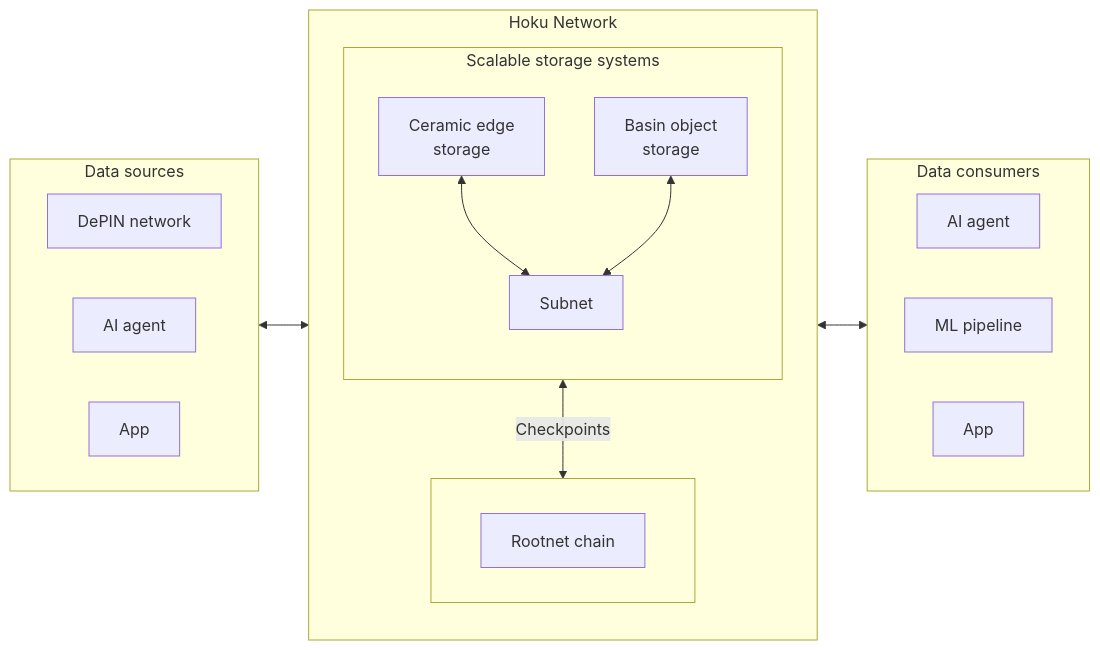
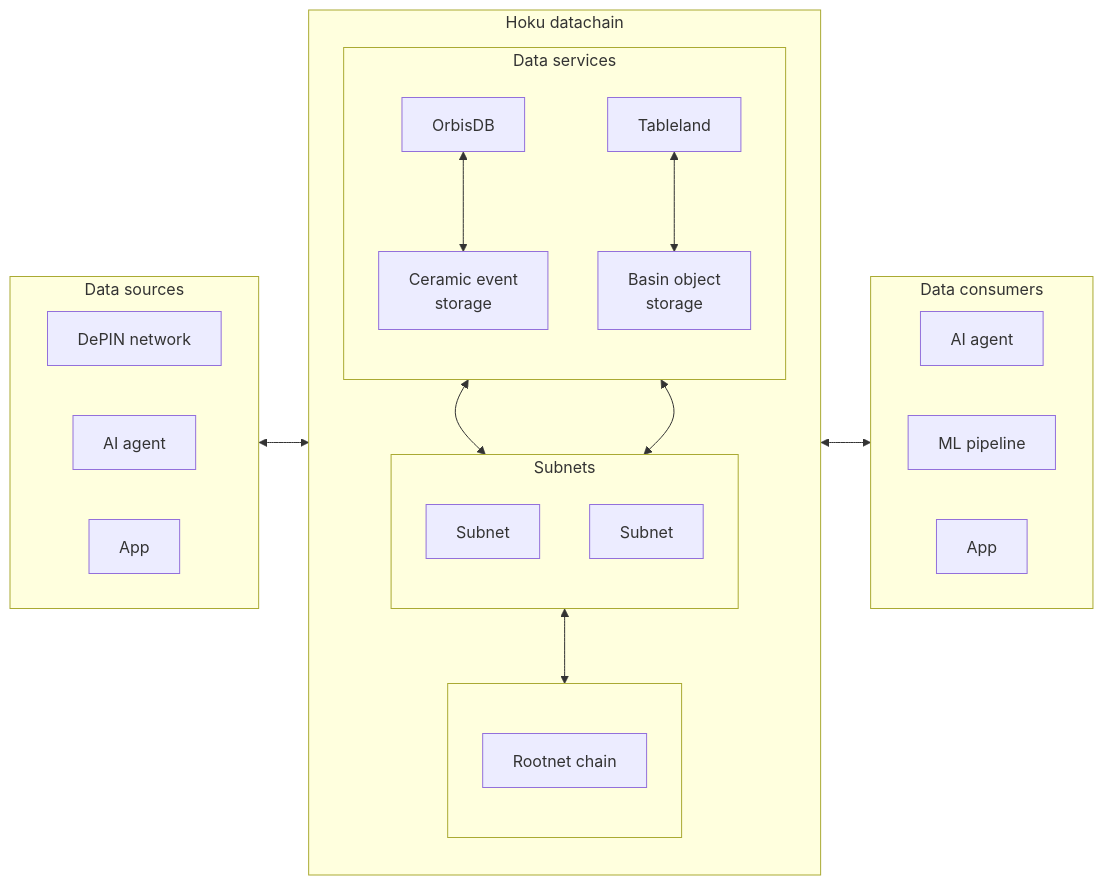
One commit to recallnet/docs changed the diagram in pages/home/introduction.mdx. Above: the diagram before and after it, drawn with Mermaid. The commit also changed other lines of this file and 12 other files, not shown here.

````diff
--- a/pages/home/introduction.mdx
+++ b/pages/home/introduction.mdx
@@ -118,36 +45,45 @@
 ```mermaid
 flowchart LR
     subgraph DataSources["Data sources"]
-        direction LR
+      direction LR
         A["DePIN network"]
         B["AI agent"]
         C["App"]
     end
 
-    subgraph Hoku["Hoku Network"]
+    subgraph Hoku["Hoku datachain"]
+      direction TB
+        subgraph Services["Data services"]
+          direction TB
+            Ceramic["Ceramic event\nstorage"]
+            Basin["Basin object\nstorage"]
+            Orbis["OrbisDB"]
+            Tableland["Tableland"]
+        end
+        subgraph Subnets["Subnets"]
+          direction TB
+            SubnetA["Subnet"]
+            SubnetB["Subnet"]
+        end
+      subgraph Rootnet[" "]
         direction TB
-        subgraph Storage["Scalable storage systems"]
-            direction TB
-            Ceramic["Ceramic edge\nstorage"]
-            Basin["Basin object\nstorage"]
-            Subnet["Subnet"]
-        end
-      direction TB
-      subgraph Rootnet[" "]
-        M["Rootnet chain"]
+          M["Rootnet chain"]
       end
     end
 
     subgraph DataConsumers["Data consumers"]
-        direction LR
+      direction LR
         D["AI agent"]
         E["ML pipeline"]
         F["App"]
     end
 
-    DataSources <--> Hoku
-    Hoku <--> DataConsumers
-    Ceramic <--> Subnet
-    Basin <--> Subnet
-    Storage <-- Checkpoints --> Rootnet
+DataSources <--> Hoku
+Subnets <--> Rootnet
+Orbis <--> Ceramic
+Tableland <--> Basin
+Hoku <--> DataConsumers
+Ceramic <--> Subnets
+Basin <--> Subnets
+
 ```
````
